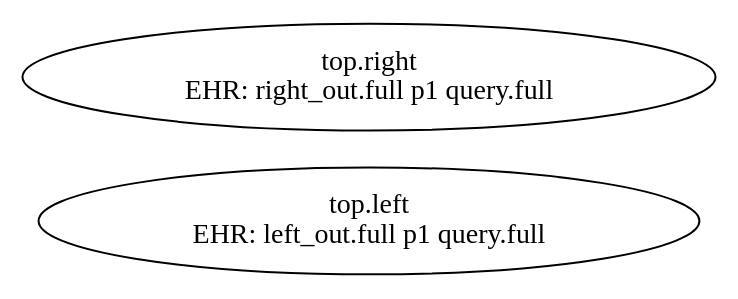
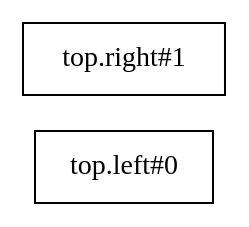
The diagram in pycircuit/builds/dual_channel/rule-graph.dot (PTO-ISA/pyCircuit), drawn with Graphviz before and after one commit. The commit also changed 130 other files, not shown here.

```diff
--- a/pycircuit/builds/dual_channel/rule-graph.dot
+++ b/pycircuit/builds/dual_channel/rule-graph.dot
@@ -1,5 +1,6 @@
-digraph rules {
+digraph Transactions {
   rankdir=LR;
-  "top.left" [label="top.left\nEHR: left_out.full p1 query.full"];
-  "top.right" [label="top.right\nEHR: right_out.full p1 query.full"];
+  node [shape=box];
+  t0 [label="top.left#0"];
+  t1 [label="top.right#1"];
 }
```
